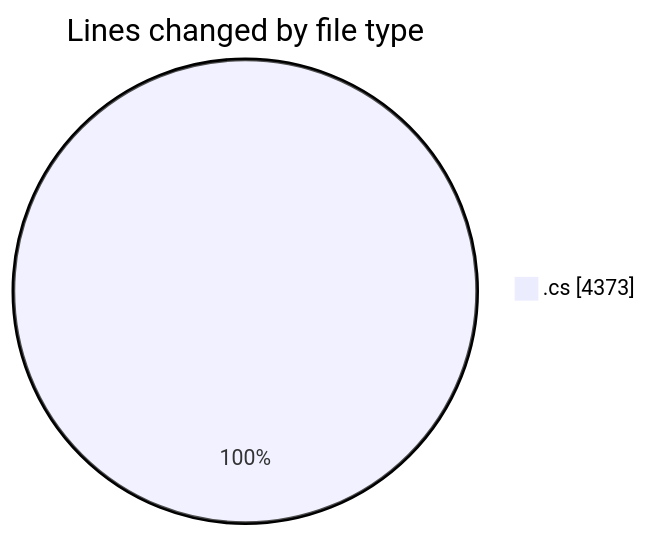
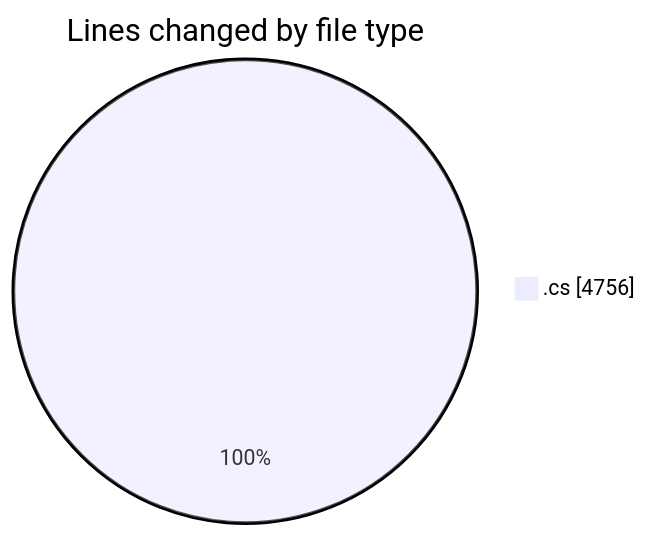
The first of 2 diagrams in 2025-03-26/back-end/README.md (Netris89/code-tracking), drawn with Mermaid before and after one commit. The commit also changed other lines of this file and 1 other file, not shown here.

````diff
--- a/2025-03-26/back-end/README.md
+++ b/2025-03-26/back-end/README.md
@@ -49,5 +49,5 @@
 ```mermaid
 pie showData
 title Lines changed by file type
-".cs" : 4373
+".cs" : 4756
 ```
````
